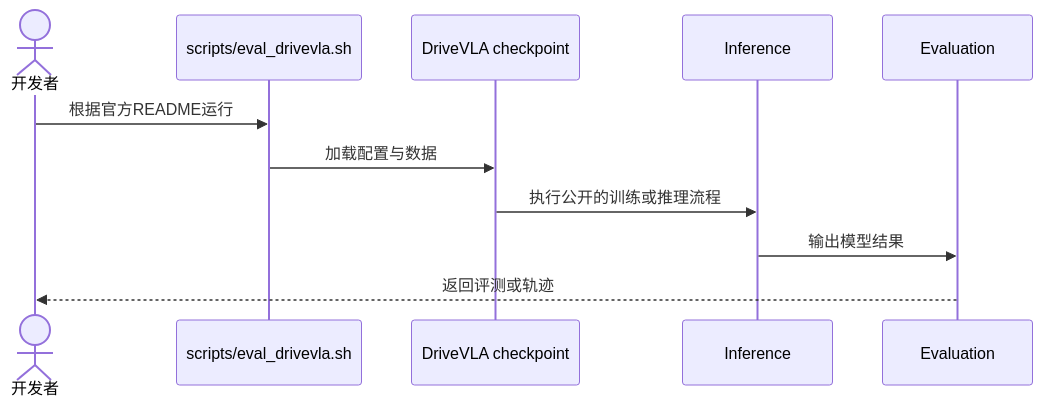
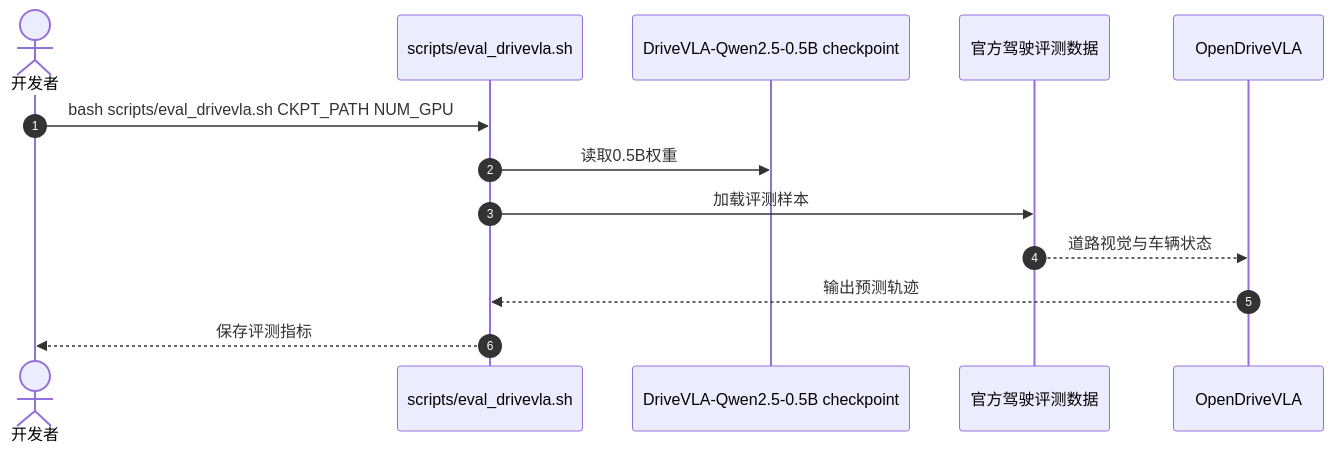
Before and after one commit to ImChong/Robotics_Notebooks: the second of 2 diagrams in wiki/entities/paper-rcl-ref-b5386c6f934f87f4cec4-opendrivevla-towards-end-to-end-autonomous-drivi.md, drawn with Mermaid. The commit also changed other lines of this file and 8 other files, not shown here.

Commit message:
docs(wiki): 校正 ReCogDrive 官方执行路径并细化源码运行时序图

````diff
--- a/wiki/entities/paper-rcl-ref-b5386c6f934f87f4cec4-opendrivevla-towards-end-to-end-autonomous-drivi.md
+++ b/wiki/entities/paper-rcl-ref-b5386c6f934f87f4cec4-opendrivevla-towards-end-to-end-autonomous-drivi.md
@@ -133,13 +133,15 @@
 ```mermaid
 sequenceDiagram
-  actor User as 开发者
-  participant Entry as scripts/eval_drivevla.sh
-  participant Model as DriveVLA checkpoint
-  participant Runtime as Inference
-  participant Result as Evaluation
-  User->>Entry: 根据官方README运行
-  Entry->>Model: 加载配置与数据
-  Model->>Runtime: 执行公开的训练或推理流程
-  Runtime->>Result: 输出模型结果
-  Result-->>User: 返回评测或轨迹
+  autonumber
+  actor Dev as 开发者
+  participant EvalSH as scripts/eval_drivevla.sh
+  participant CKPT as DriveVLA-Qwen2.5-0.5B checkpoint
+  participant Data as 官方驾驶评测数据
+  participant Model as OpenDriveVLA
+  Dev->>EvalSH: bash scripts/eval_drivevla.sh CKPT_PATH NUM_GPU
+  EvalSH->>CKPT: 读取0.5B权重
+  EvalSH->>Data: 加载评测样本
+  Data-->>Model: 道路视觉与车辆状态
+  Model-->>EvalSH: 输出预测轨迹
+  EvalSH-->>Dev: 保存评测指标
 ```
````
